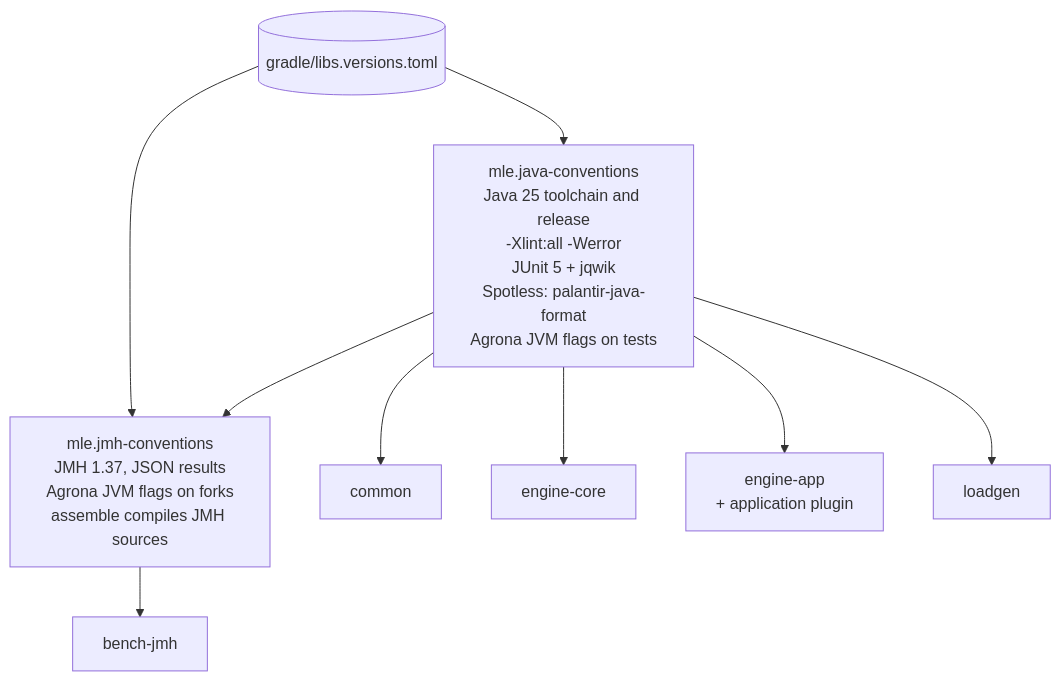
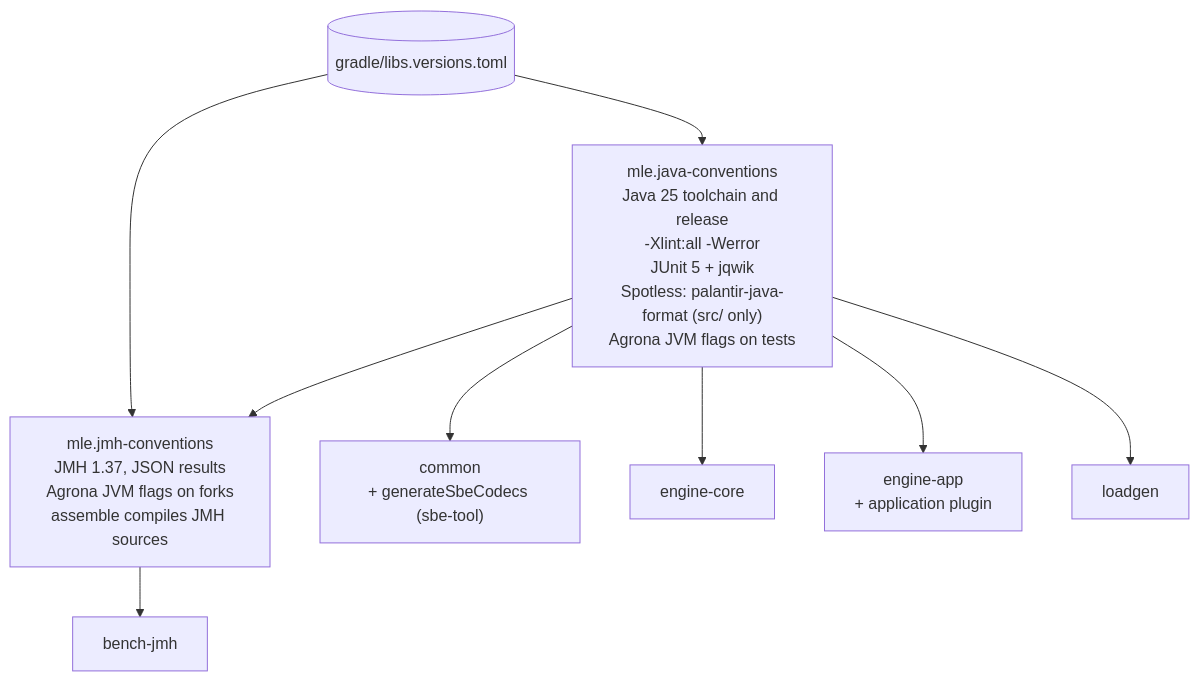
Before and after one commit to Jeromefromcn/low-latency-matching-engine: diagram 12 of 15 in docs/architecture.md, drawn with Mermaid. The commit also changed other lines of this file and 3 other files, not shown here.

First line of the commit message:
docs(adr): record SBE message schema design, tick 2.1

````diff
--- a/docs/architecture.md
+++ b/docs/architecture.md
@@ -315,9 +366,9 @@
 ```mermaid
 flowchart TB
     cat[("gradle/libs.versions.toml")] --> jc
     cat --> jm
-    jc["mle.java-conventions<br/>Java 25 toolchain and release<br/>-Xlint:all -Werror<br/>JUnit 5 + jqwik<br/>Spotless: palantir-java-format<br/>Agrona JVM flags on tests"]
+    jc["mle.java-conventions<br/>Java 25 toolchain and release<br/>-Xlint:all -Werror<br/>JUnit 5 + jqwik<br/>Spotless: palantir-java-format (src/ only)<br/>Agrona JVM flags on tests"]
     jm["mle.jmh-conventions<br/>JMH 1.37, JSON results<br/>Agrona JVM flags on forks<br/>assemble compiles JMH sources"]
-    jc --> m1["common"] & m2["engine-core"] & m3["engine-app<br/>+ application plugin"] & m4["loadgen"]
+    jc --> m1["common<br/>+ generateSbeCodecs (sbe-tool)"] & m2["engine-core"] & m3["engine-app<br/>+ application plugin"] & m4["loadgen"]
     jc --> jm --> m5["bench-jmh"]
 ```
````
